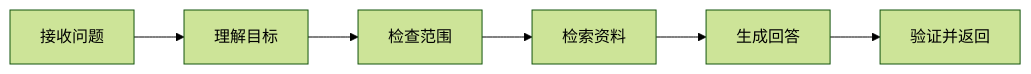
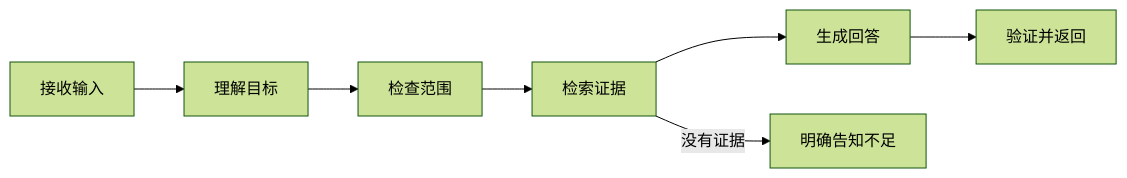
One commit to upJiang/jiang-blog-vitepress changed the diagram in docs/agent-practice/01-system-boundaries.md. Above: the diagram before and after it, drawn with Mermaid (forest theme). The commit also changed other lines of this file and 142 other files, not shown here.

````diff
--- a/docs/agent-practice/01-system-boundaries.md
+++ b/docs/agent-practice/01-system-boundaries.md
@@ -74,8 +60,9 @@
 ```mermaid
 flowchart LR
-  A[接收问题] --> B[理解目标]
+  A[接收输入] --> B[理解目标]
   B --> C[检查范围]
-  C --> D[检索资料]
+  C --> D[检索证据]
   D --> E[生成回答]
   E --> F[验证并返回]
+  D -->|没有证据| G[明确告知不足]
 ```
````
